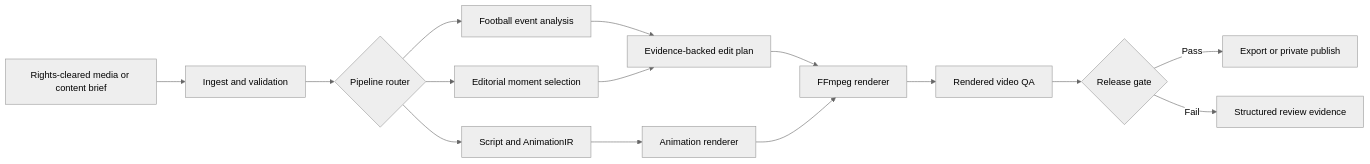
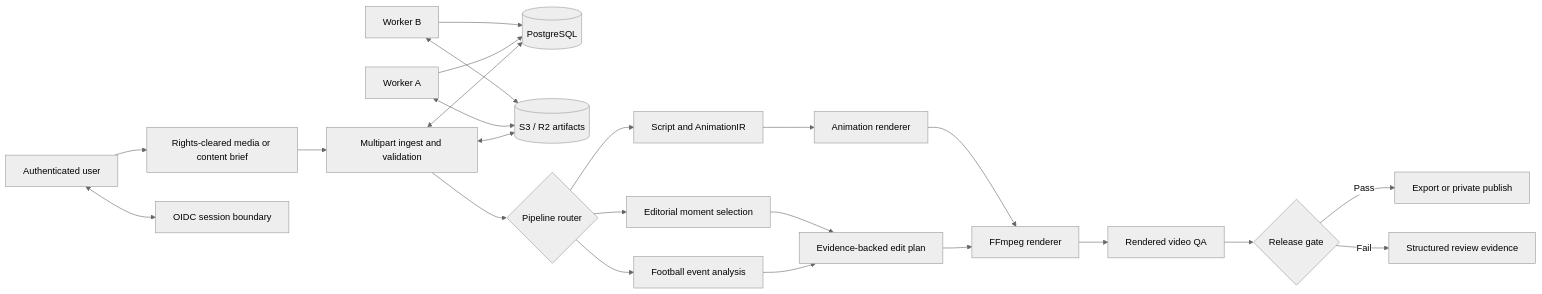
One commit to anaschatz/Shorts-Engine changed the diagram in README.md. Above: the diagram before and after it, drawn with Mermaid (neutral theme). The commit also changed other lines of this file and 10 other files, not shown here.

````diff
--- a/README.md
+++ b/README.md
@@ -161,17 +161,25 @@
 ```mermaid
 flowchart LR
-    A["Rights-cleared media or content brief"] --> B["Ingest and validation"]
+    U["Authenticated user"] --> A["Rights-cleared media or content brief"]
+    U <--> O["OIDC session boundary"]
+    A --> B["Multipart ingest and validation"]
+    B <--> P[("PostgreSQL")]
+    B <--> S[("S3 / R2 artifacts")]
     B --> C{"Pipeline router"}
     C --> D["Football event analysis"]
     C --> E["Editorial moment selection"]
     C --> F["Script and AnimationIR"]
     D --> G["Evidence-backed edit plan"]
     E --> G
     F --> H["Animation renderer"]
     G --> I["FFmpeg renderer"]
     H --> I
     I --> J["Rendered video QA"]
     J --> K{"Release gate"}
     K -->|Pass| L["Export or private publish"]
     K -->|Fail| M["Structured review evidence"]
+    W1["Worker A"] --> P
+    W2["Worker B"] --> P
+    W1 <--> S
+    W2 <--> S
 ```
````
